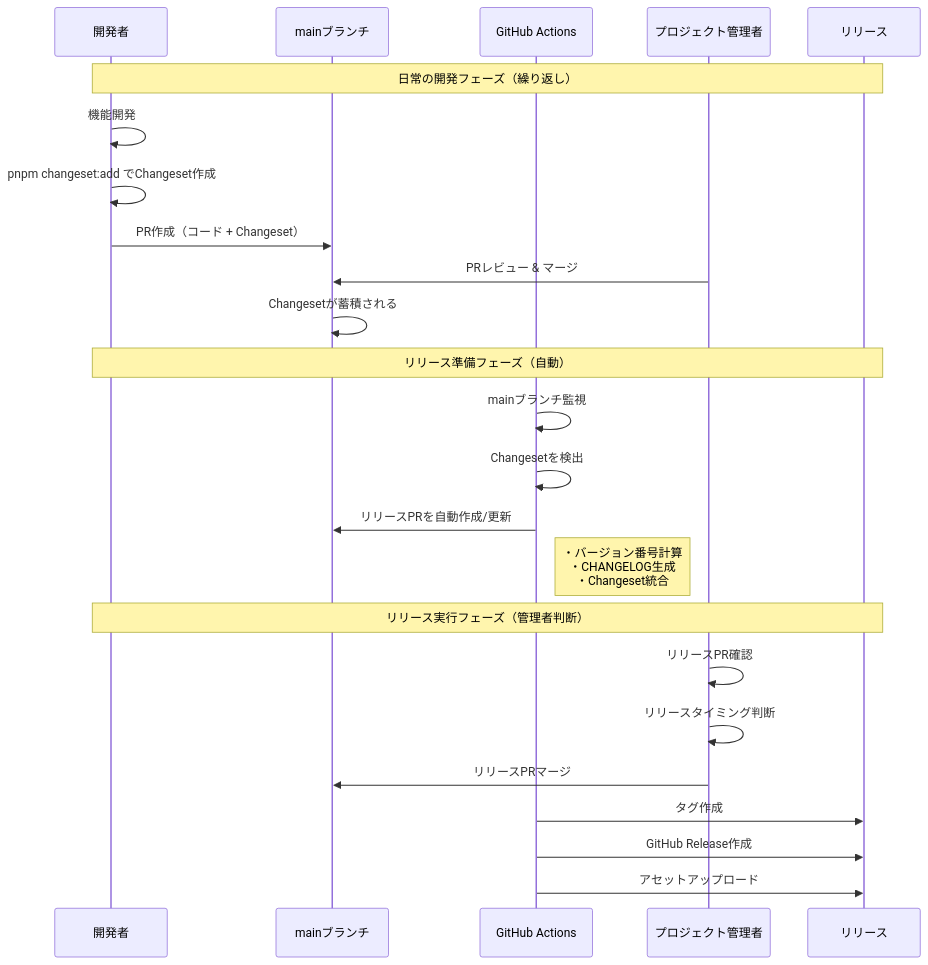
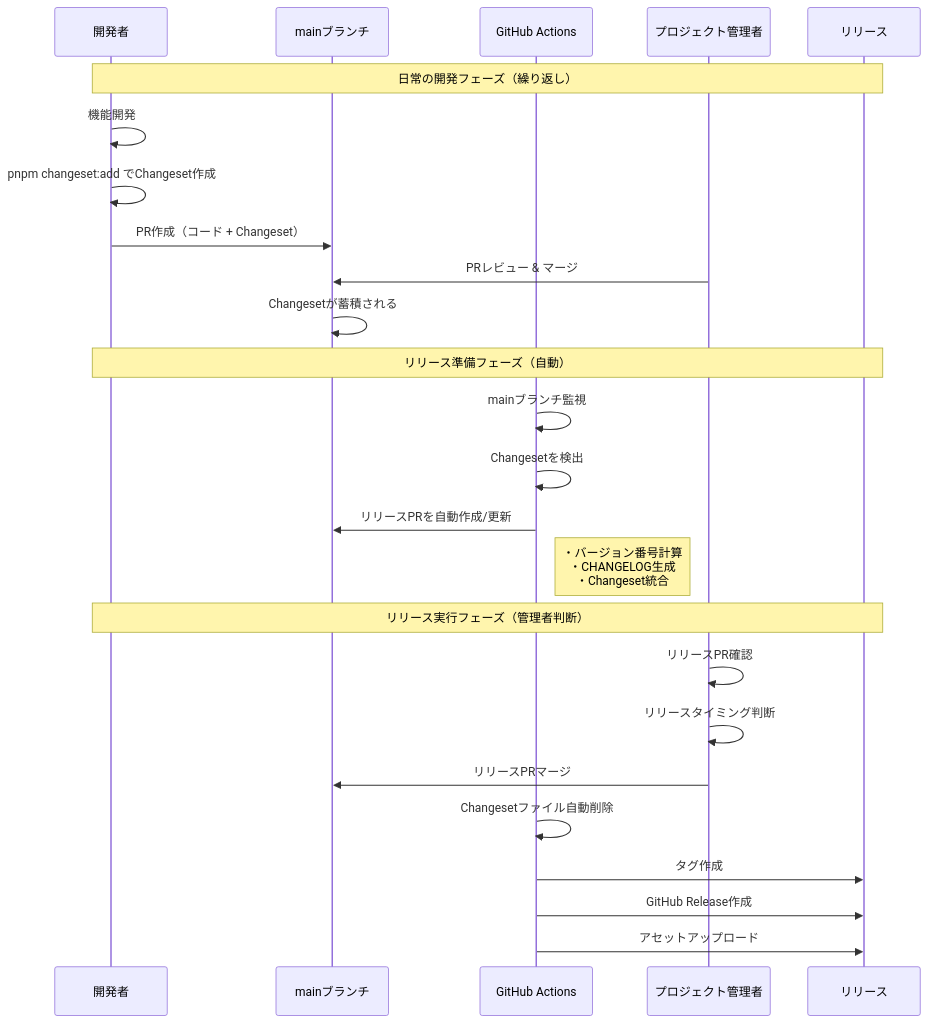
Before and after one commit to ylabo0717/nextjs-boilerplate: the first of 2 diagrams in docs/design_guide/release-automation-system.md, drawn with Mermaid. The commit also changed other lines of this file and 1 other file, not shown here.

````diff
--- a/docs/design_guide/release-automation-system.md
+++ b/docs/design_guide/release-automation-system.md
@@ -78,29 +78,30 @@
 ```mermaid
 sequenceDiagram
     participant Dev as 開発者
     participant Main as mainブランチ
     participant GHA as GitHub Actions
     participant Manager as プロジェクト管理者
     participant Release as リリース
 
     Note over Dev,Release: 日常の開発フェーズ（繰り返し）
     Dev->>Dev: 機能開発
     Dev->>Dev: pnpm changeset:add でChangeset作成
     Dev->>Main: PR作成（コード + Changeset）
     Manager->>Main: PRレビュー & マージ
     Main->>Main: Changesetが蓄積される
 
     Note over Dev,Release: リリース準備フェーズ（自動）
     GHA->>GHA: mainブランチ監視
     GHA->>GHA: Changesetを検出
     GHA->>Main: リリースPRを自動作成/更新
     Note right of GHA: ・バージョン番号計算<br/>・CHANGELOG生成<br/>・Changeset統合
 
     Note over Dev,Release: リリース実行フェーズ（管理者判断）
     Manager->>Manager: リリースPR確認
     Manager->>Manager: リリースタイミング判断
     Manager->>Main: リリースPRマージ
+    GHA->>GHA: Changesetファイル自動削除
     GHA->>Release: タグ作成
     GHA->>Release: GitHub Release作成
     GHA->>Release: アセットアップロード
 ```
````
